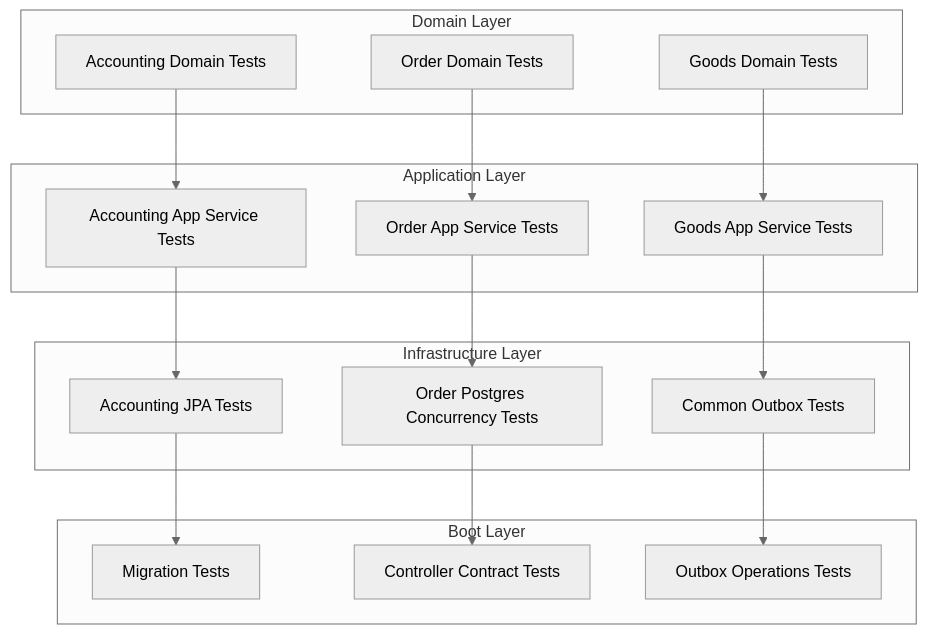
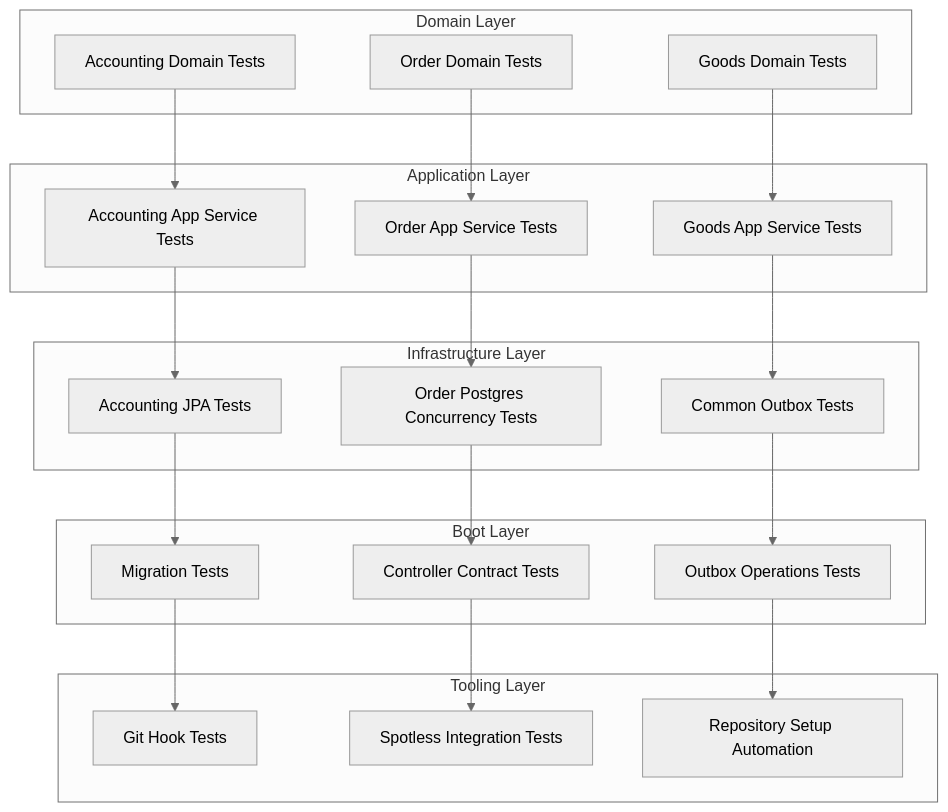
One commit to ddd-mall/j-store changed the second of 12 diagrams in .qoder/repowiki/en/content/Testing Strategy & Implementation/Testing Strategy & Implementation.md. Above: the diagram before and after it, drawn with Mermaid (neutral theme). The commit also changed other lines of this file and 278 other files, not shown here.

````diff
--- a/.qoder/repowiki/en/content/Testing Strategy & Implementation/Testing Strategy & Implementation.md
+++ b/.qoder/repowiki/en/content/Testing Strategy & Implementation/Testing Strategy & Implementation.md
@@ -107,32 +128,40 @@
 ```mermaid
 graph TB
 subgraph "Domain Layer"
 D1["Accounting Domain Tests"]
 D2["Order Domain Tests"]
 D3["Goods Domain Tests"]
 end
 subgraph "Application Layer"
 A1["Accounting App Service Tests"]
 A2["Order App Service Tests"]
 A3["Goods App Service Tests"]
 end
 subgraph "Infrastructure Layer"
 I1["Accounting JPA Tests"]
 I2["Order Postgres Concurrency Tests"]
 I3["Common Outbox Tests"]
 end
 subgraph "Boot Layer"
 B1["Migration Tests"]
 B2["Controller Contract Tests"]
 B3["Outbox Operations Tests"]
 end
+subgraph "Tooling Layer"
+T1["Git Hook Tests"]
+T2["Spotless Integration Tests"]
+T3["Repository Setup Automation"]
+end
 D1 --> A1
 D2 --> A2
 D3 --> A3
 A1 --> I1
 A2 --> I2
 A3 --> I3
 I1 --> B1
 I2 --> B2
 I3 --> B3
+B1 --> T1
+B2 --> T2
+B3 --> T3
 ```
````
